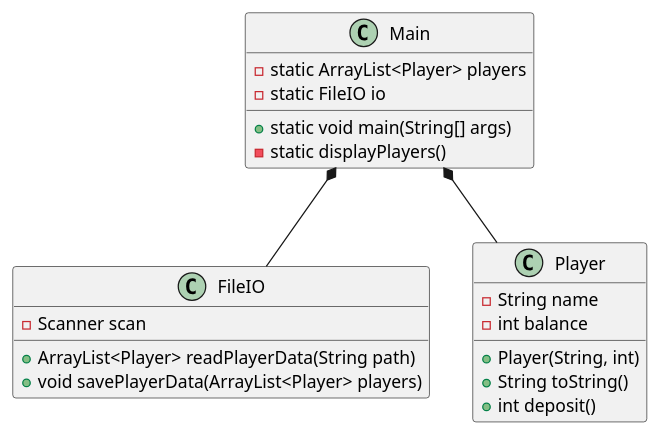
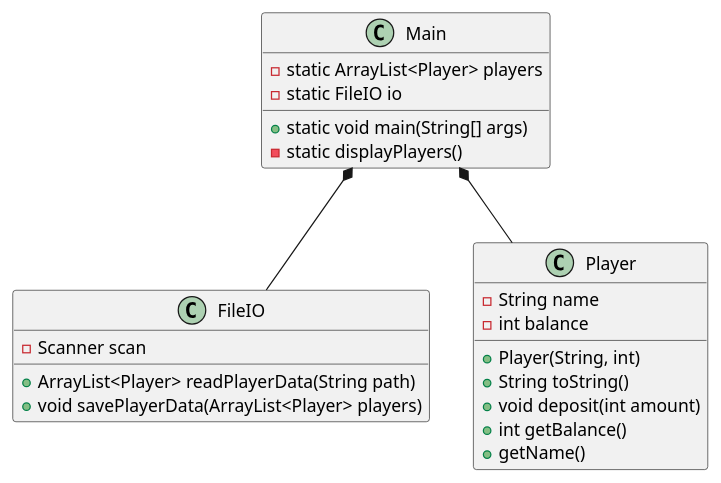
One commit to afstengaard/Files changed the diagram in Doc/classdiagram_1.puml. Above: the diagram before and after it, drawn with PlantUML. The commit also changed 6 other files, not shown here.

```diff
--- a/Doc/classdiagram_1.puml
+++ b/Doc/classdiagram_1.puml
@@ -1,35 +1,36 @@
 @startuml
 'DATA PERSISTENCE
 
 
 class FileIO
 class Player
 class Main
 
 Main *-- Player
 Main *-- FileIO
 
 class Main{
 - static ArrayList<Player> players
 - static FileIO io
 + static void main(String[] args)
 - static displayPlayers()
 }
 
 
 
 
  FileIO : - Scanner scan
  FileIO : + ArrayList<Player> readPlayerData(String path)
  FileIO : + void savePlayerData(ArrayList<Player> players)
 
 
 
 Player  : - String name
 Player  : - int balance
 Player  : + Player(String, int)
 Player  : + String toString()
-Player  : + int deposit()
-
+Player  : + void deposit(int amount)
+Player  : + int getBalance()
+Player : + getName()
 
 @enduml
```
